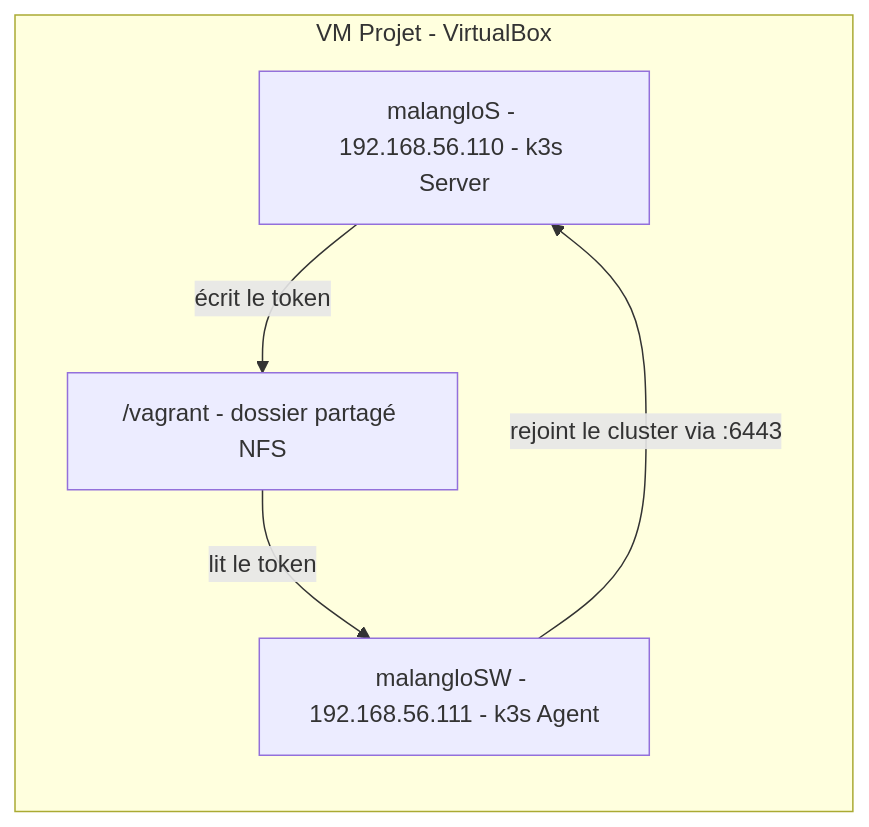
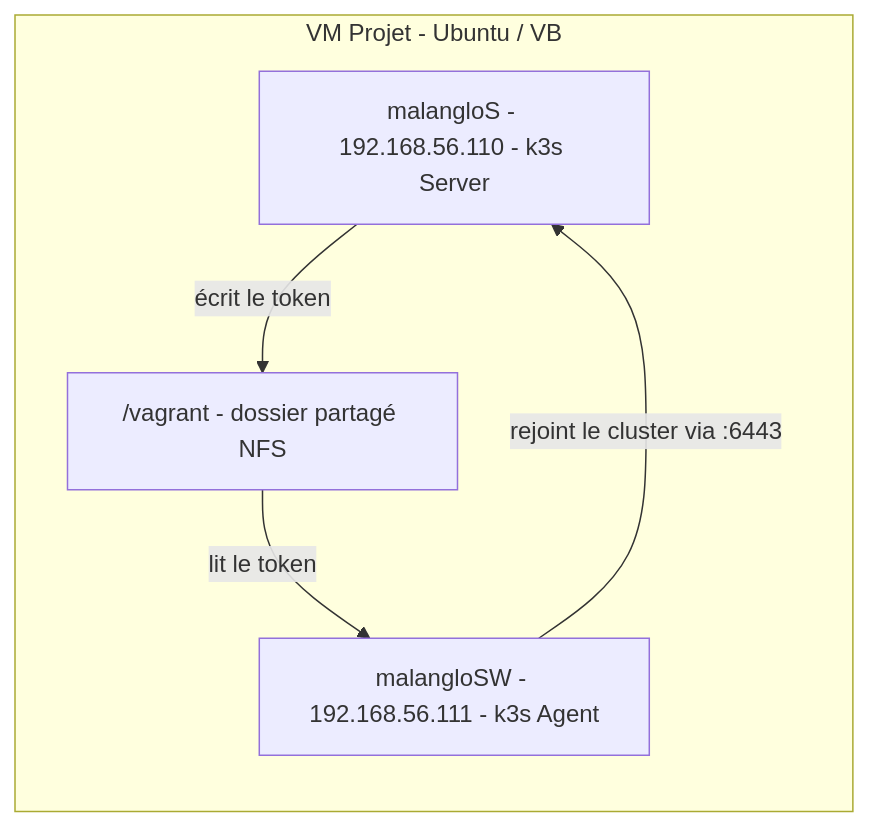
One commit to mlanglois26/42_inception_of_things changed the first of 3 diagrams in p1/README.md. Above: the diagram before and after it, drawn with Mermaid. The commit also changed other lines of this file, not shown here.

````diff
--- a/p1/README.md
+++ b/p1/README.md
@@ -25,12 +25,12 @@
 ```mermaid
 graph LR
-    subgraph vmProjet [VM Projet - VirtualBox]
+    subgraph vmProjet [VM Projet - Ubuntu / VB]
         direction TB
         server["malangloS - 192.168.56.110 - k3s Server"]
         agent["malangloSW - 192.168.56.111 - k3s Agent"]
         nfs["/vagrant - dossier partagé NFS"]
     end
     server -- "écrit le token" --> nfs
     nfs -- "lit le token" --> agent
     agent -- "rejoint le cluster via :6443" --> server
 ```
````
